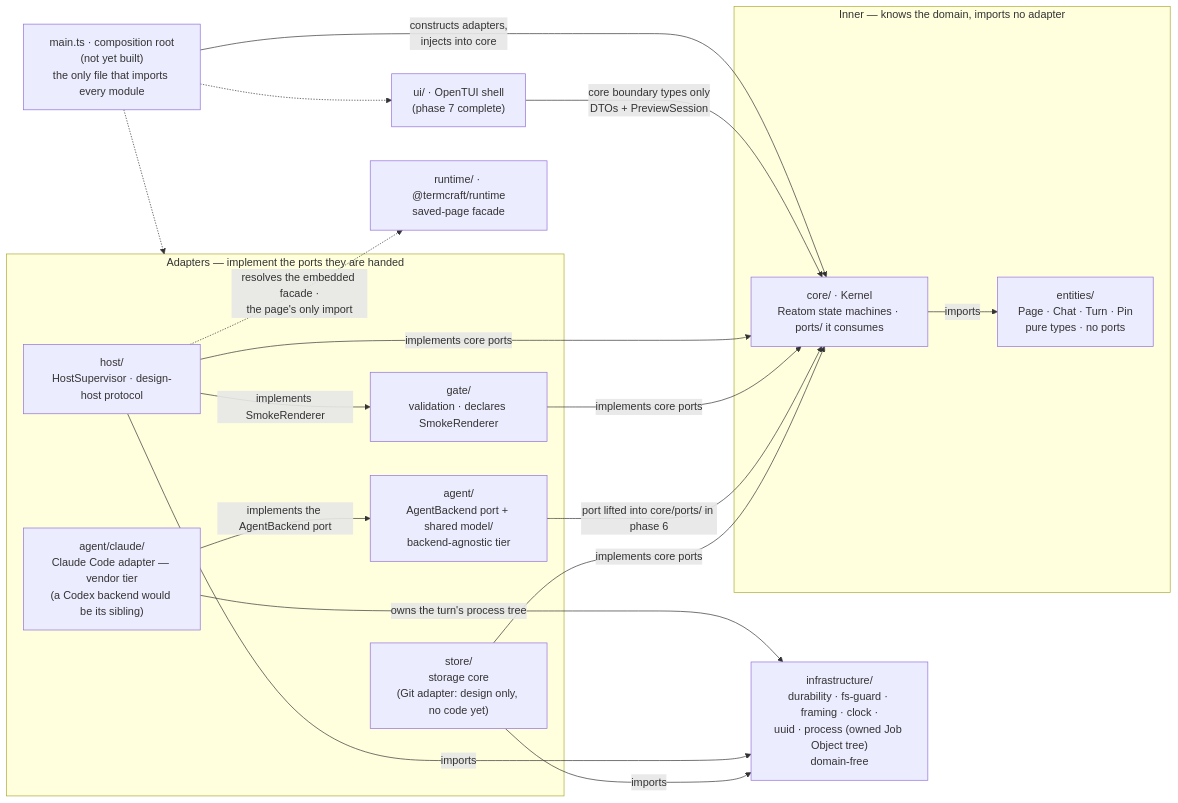
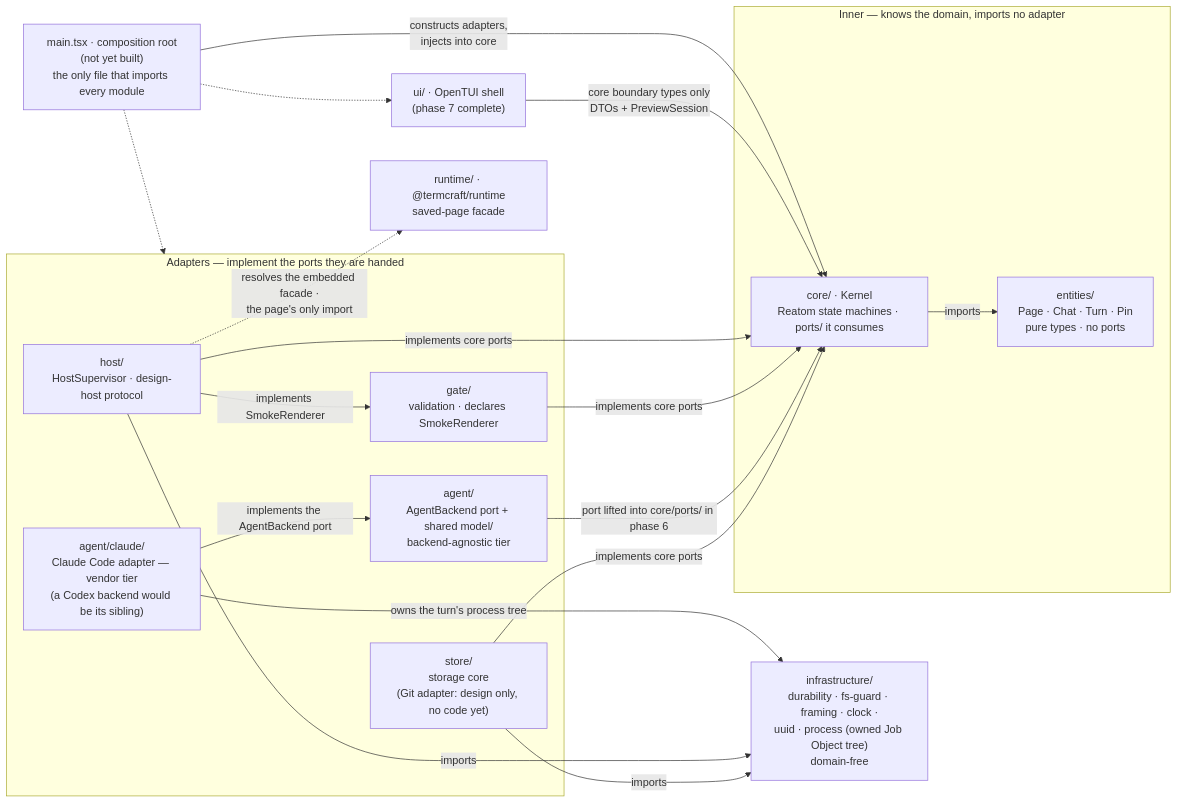
Before and after one commit to khmilevoi/termcraft: the diagram in docs/architecture/code-structure.md, drawn with Mermaid. The commit also changed other lines of this file and 2 other files, not shown here.

Commit message:
docs: normalize composition root filename

````diff
--- a/docs/architecture/code-structure.md
+++ b/docs/architecture/code-structure.md
@@ -15,37 +15,37 @@
 ```mermaid
 flowchart LR
-    main["main.ts · composition root<br/>(not yet built)<br/>the only file that imports every module"]
+    main["main.tsx · composition root<br/>(not yet built)<br/>the only file that imports every module"]
 
     subgraph adapters["Adapters — implement the ports they are handed"]
         store["store/<br/>storage core<br/>(Git adapter: design only, no code yet)"]
         agent["agent/<br/>AgentBackend port + shared model/<br/>backend-agnostic tier"]
         claude["agent/claude/<br/>Claude Code adapter — vendor tier<br/>(a Codex backend would be its sibling)"]
         gate["gate/<br/>validation · declares SmokeRenderer"]
         host["host/<br/>HostSupervisor · design-host protocol"]
     end
 
     subgraph inner["Inner — knows the domain, imports no adapter"]
         core["core/ · Kernel<br/>Reatom state machines · ports/ it consumes"]
         entities["entities/<br/>Page · Chat · Turn · Pin<br/>pure types · no ports"]
     end
 
     ui["ui/ · OpenTUI shell<br/>(phase 7 complete)"]
     runtime["runtime/ · @termcraft/runtime<br/>saved-page facade"]
     infra["infrastructure/<br/>durability · fs-guard · framing · clock ·<br/>uuid · process (owned Job Object tree)<br/>domain-free"]
 
     core -- imports --> entities
     store -- "implements core ports" --> core
     agent -- "port lifted into core/ports/ in phase 6" --> core
     gate -- "implements core ports" --> core
     host -- "implements core ports" --> core
     host -- "implements SmokeRenderer" --> gate
     claude -- "implements the AgentBackend port" --> agent
     ui -- "core boundary types only<br/>DTOs + PreviewSession" --> core
     store -- imports --> infra
     host -- imports --> infra
     claude -- "owns the turn's process tree" --> infra
     host -. "resolves the embedded facade ·<br/>the page's only import" .-> runtime
     main -- "constructs adapters,<br/>injects into core" --> core
     main -.-> adapters
     main -.-> ui
 ```
````
